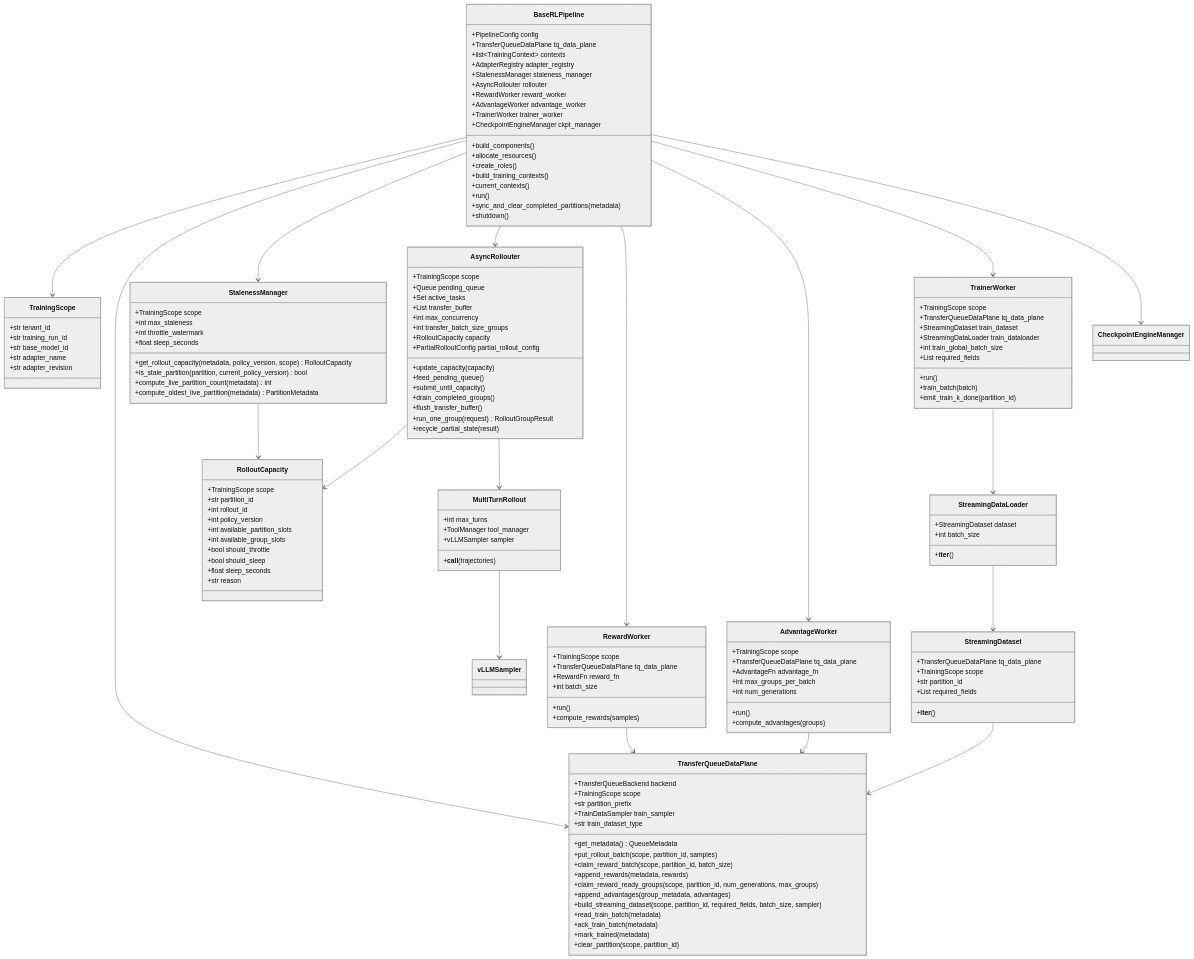
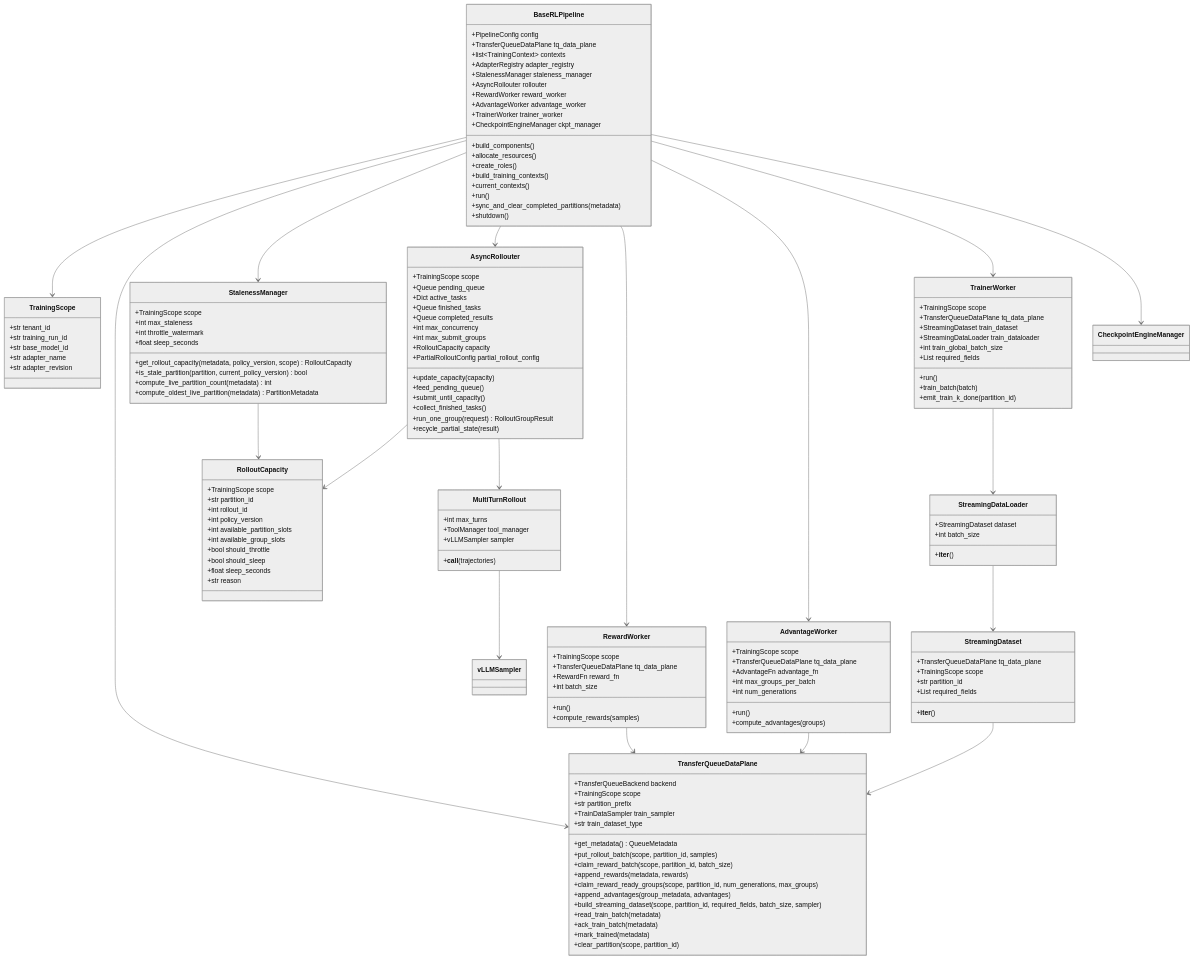
The first of 2 diagrams in multilora-async-rl/详细设计.md (0hujun/twinkle), drawn with Mermaid (neutral theme) before and after one commit. The commit also changed other lines of this file and 11 other files, not shown here.

```diff
--- a/multilora-async-rl/详细设计.md
+++ b/multilora-async-rl/详细设计.md
@@ -182,17 +182,17 @@
     class AsyncRollouter {
         +TrainingScope scope
         +Queue pending_queue
-        +Set active_tasks
-        +List transfer_buffer
+        +Dict active_tasks
+        +Queue finished_tasks
+        +Queue completed_results
         +int max_concurrency
-        +int transfer_batch_size_groups
+        +int max_submit_groups
         +RolloutCapacity capacity
         +PartialRolloutConfig partial_rollout_config
         +update_capacity(capacity)
         +feed_pending_queue()
         +submit_until_capacity()
-        +drain_completed_groups()
-        +flush_transfer_buffer()
+        +collect_finished_tasks()
         +run_one_group(request) RolloutGroupResult
         +recycle_partial_state(result)
     }
```
